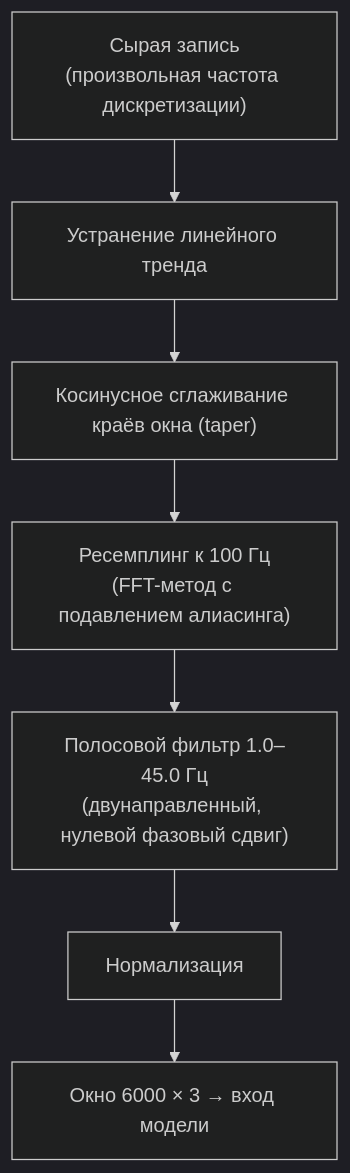
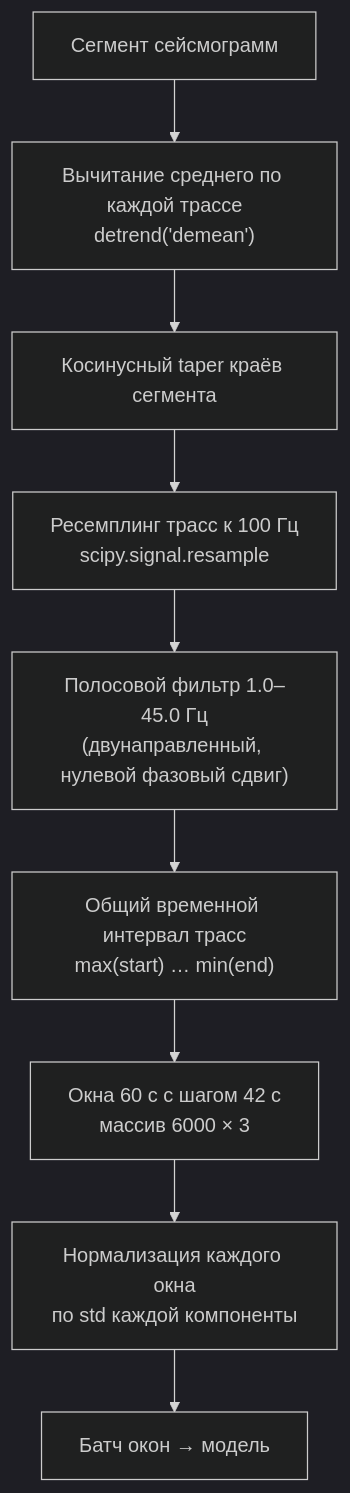
One commit to ruhose73/FastEQT changed the third of 15 diagrams in docs/complete-doc.md. Above: the diagram before and after it, drawn with Mermaid (dark theme). The commit also changed other lines of this file and 1 other file, not shown here.

````diff
--- a/docs/complete-doc.md
+++ b/docs/complete-doc.md
@@ -117,9 +246,11 @@
 ```mermaid
 flowchart TD
-    R0["Сырая запись<br/>(произвольная частота дискретизации)"] --> R1["Устранение линейного тренда"]
-    R1 --> R2["Косинусное сглаживание краёв окна (taper)"]
-    R2 --> R3["Ресемплинг к 100 Гц<br/>(FFT-метод с подавлением алиасинга)"]
+    R0["Сегмент сейсмограмм"] --> R1["Вычитание среднего по каждой трассе<br/>detrend('demean')"]
+    R1 --> R2["Косинусный taper краёв сегмента"]
+    R2 --> R3["Ресемплинг трасс к 100 Гц<br/>scipy.signal.resample"]
     R3 --> R4["Полосовой фильтр 1.0–45.0 Гц<br/>(двунаправленный, нулевой фазовый сдвиг)"]
-    R4 --> R5["Нормализация"]
-    R5 --> R6["Окно 6000 × 3 → вход модели"]
+    R4 --> R5["Общий временной интервал трасс<br/>max(start) … min(end)"]
+    R5 --> R6["Окна 60 с с шагом 42 с<br/>массив 6000 × 3"]
+    R6 --> R7["Нормализация каждого окна<br/>по std каждой компоненты"]
+    R7 --> R8["Батч окон → модель"]
 ```
````
